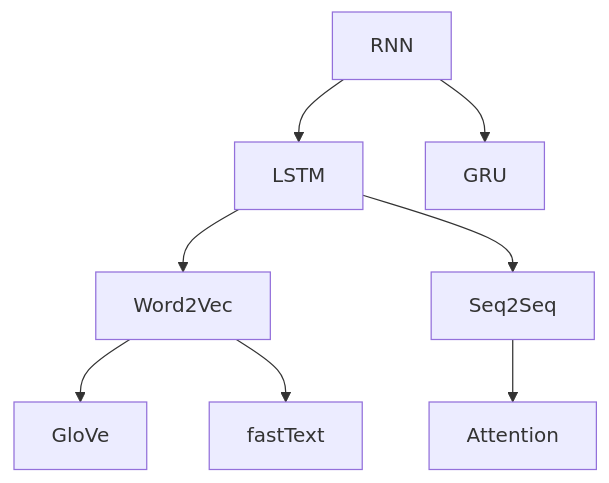
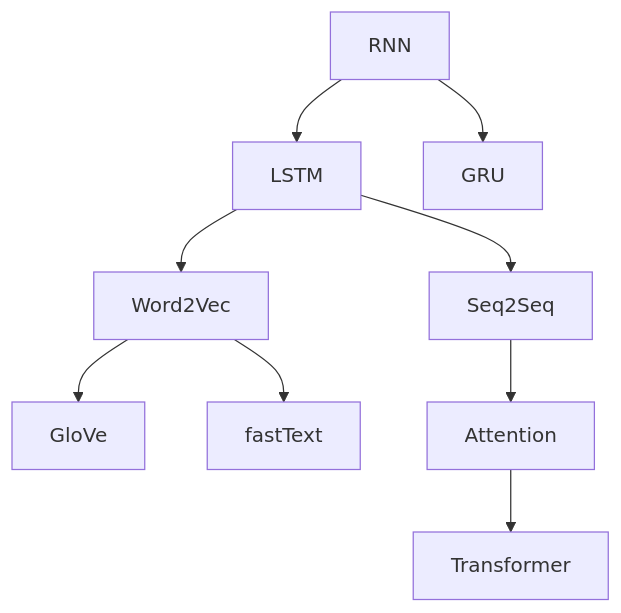
The second of 20 diagrams in doc/llm.md (ted-sharp/chatvox), drawn with Mermaid before and after one commit. The commit also changed other lines of this file, not shown here.

````diff
--- a/doc/llm.md
+++ b/doc/llm.md
@@ -92,8 +92,8 @@
 ```mermaid
 flowchart
 
 RNN --> LSTM --> Word2Vec --> GloVe
 Word2Vec --> fastText
-LSTM --> Seq2Seq --> Attention
+LSTM --> Seq2Seq --> Attention --> Transformer
 RNN --> GRU
 ```
````
